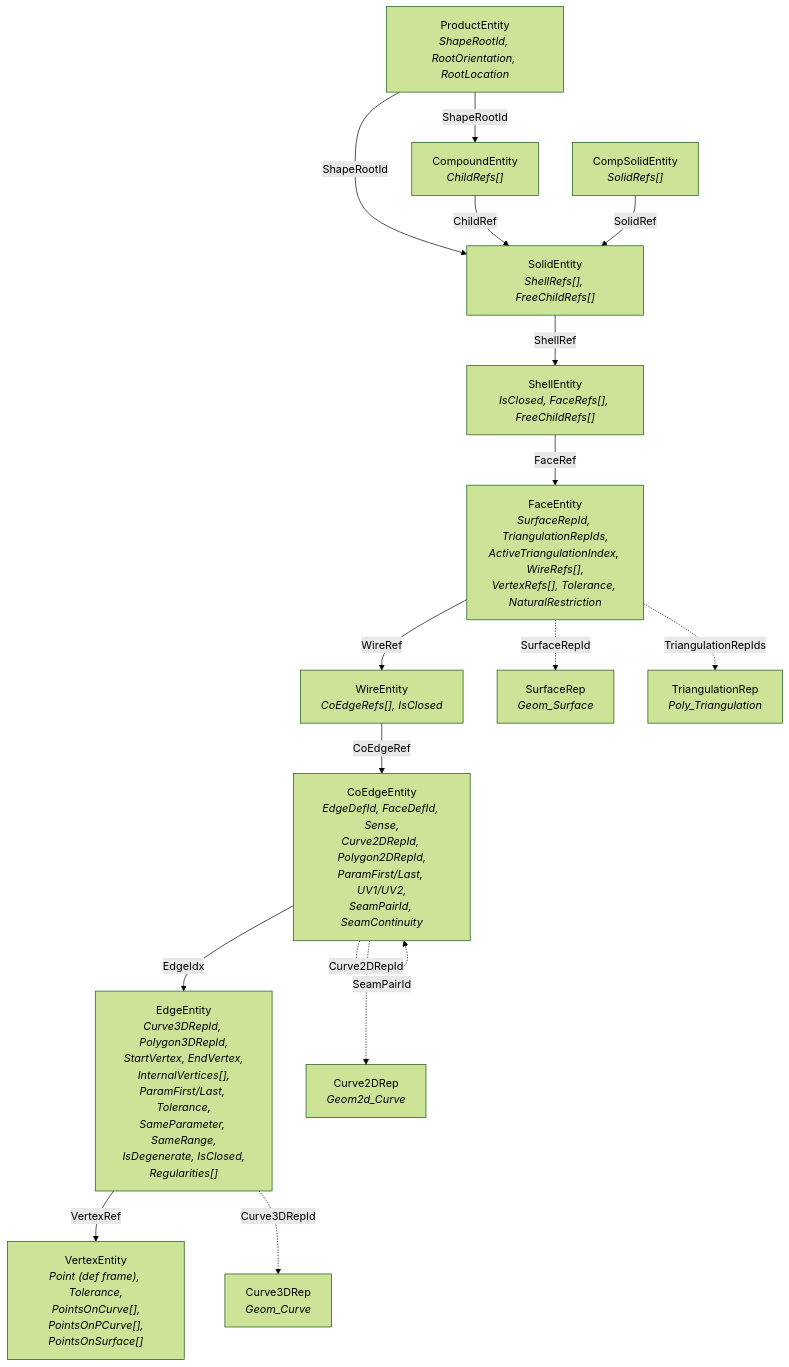
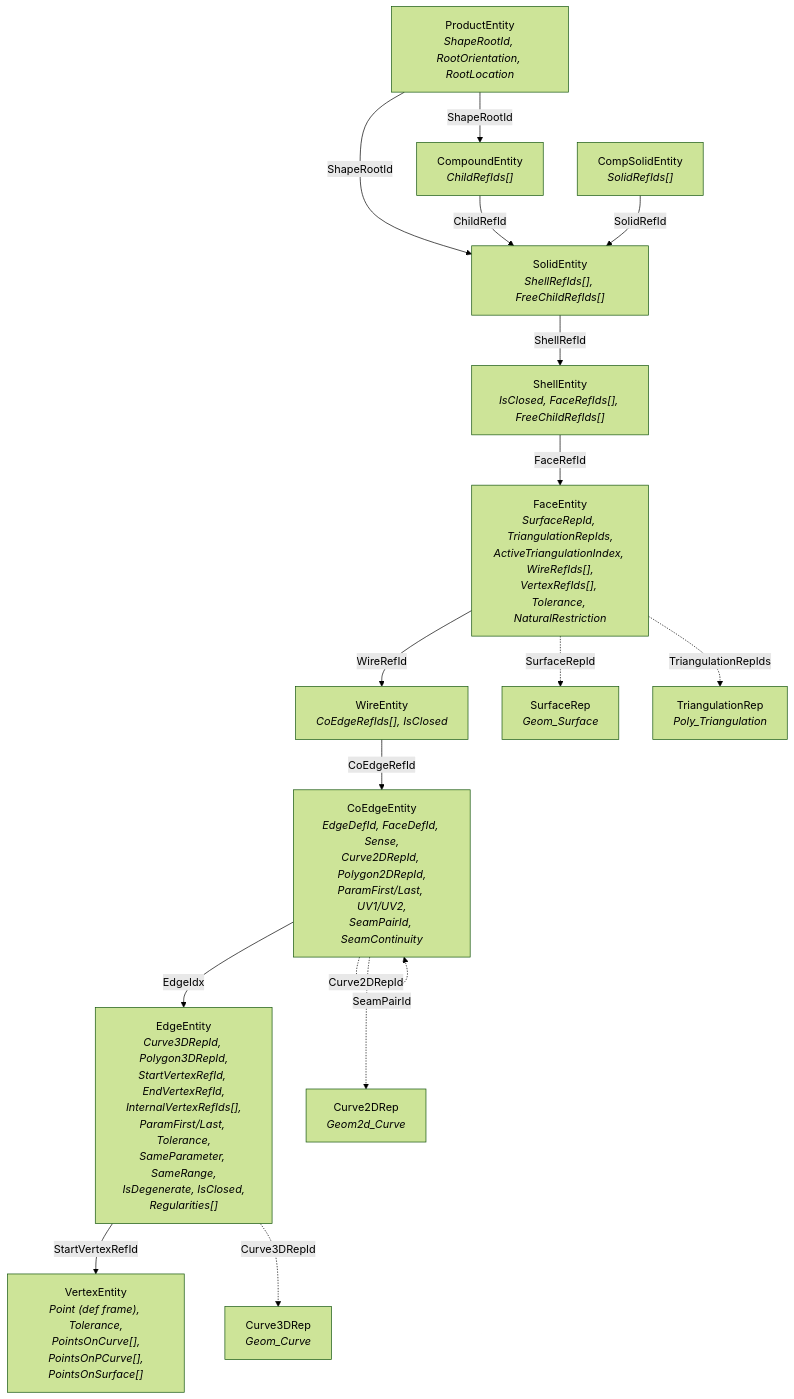
The third of 5 diagrams in src/ModelingData/TKBRep/BRepGraphInc/README.md (Open-Cascade-SAS/OCCT), drawn with Mermaid (forest theme) before and after one commit. The commit also changed other lines of this file and 65 other files, not shown here.

````diff
--- a/src/ModelingData/TKBRep/BRepGraphInc/README.md
+++ b/src/ModelingData/TKBRep/BRepGraphInc/README.md
@@ -86,41 +86,41 @@
 ```mermaid
 graph TD
     Product["ProductEntity<br/><i>ShapeRootId, RootOrientation, RootLocation</i>"]
 
-    Compound["CompoundEntity<br/><i>ChildRefs[]</i>"]
-    CompSolid["CompSolidEntity<br/><i>SolidRefs[]</i>"]
-    Solid["SolidEntity<br/><i>ShellRefs[], FreeChildRefs[]</i>"]
-    Shell["ShellEntity<br/><i>IsClosed, FaceRefs[], FreeChildRefs[]</i>"]
+    Compound["CompoundEntity<br/><i>ChildRefIds[]</i>"]
+    CompSolid["CompSolidEntity<br/><i>SolidRefIds[]</i>"]
+    Solid["SolidEntity<br/><i>ShellRefIds[], FreeChildRefIds[]</i>"]
+    Shell["ShellEntity<br/><i>IsClosed, FaceRefIds[], FreeChildRefIds[]</i>"]
 
-    Face["FaceEntity<br/><i>SurfaceRepId, TriangulationRepIds,<br/>ActiveTriangulationIndex, WireRefs[],<br/>VertexRefs[], Tolerance, NaturalRestriction</i>"]
+    Face["FaceEntity<br/><i>SurfaceRepId, TriangulationRepIds,<br/>ActiveTriangulationIndex, WireRefIds[],<br/>VertexRefIds[], Tolerance, NaturalRestriction</i>"]
 
-    Wire["WireEntity<br/><i>CoEdgeRefs[], IsClosed</i>"]
+    Wire["WireEntity<br/><i>CoEdgeRefIds[], IsClosed</i>"]
 
     CoEdge["CoEdgeEntity<br/><i>EdgeDefId, FaceDefId, Sense,<br/>Curve2DRepId, Polygon2DRepId,<br/>ParamFirst/Last, UV1/UV2,<br/>SeamPairId, SeamContinuity</i>"]
 
-    Edge["EdgeEntity<br/><i>Curve3DRepId, Polygon3DRepId,<br/>StartVertex, EndVertex,<br/>InternalVertices[],<br/>ParamFirst/Last, Tolerance,<br/>SameParameter, SameRange,<br/>IsDegenerate, IsClosed,<br/>Regularities[]</i>"]
+    Edge["EdgeEntity<br/><i>Curve3DRepId, Polygon3DRepId,<br/>StartVertexRefId, EndVertexRefId,<br/>InternalVertexRefIds[],<br/>ParamFirst/Last, Tolerance,<br/>SameParameter, SameRange,<br/>IsDegenerate, IsClosed,<br/>Regularities[]</i>"]
 
     Vertex["VertexEntity<br/><i>Point (def frame), Tolerance,<br/>PointsOnCurve[],<br/>PointsOnPCurve[],<br/>PointsOnSurface[]</i>"]
 
     SurfRep["SurfaceRep<br/><i>Geom_Surface</i>"]
     C3DRep["Curve3DRep<br/><i>Geom_Curve</i>"]
     C2DRep["Curve2DRep<br/><i>Geom2d_Curve</i>"]
     TriRep["TriangulationRep<br/><i>Poly_Triangulation</i>"]
 
     Product -->|"ShapeRootId"| Compound
     Product -->|"ShapeRootId"| Solid
-    Compound -->|"ChildRef"| Solid
-    CompSolid -->|"SolidRef"| Solid
-    Solid -->|"ShellRef"| Shell
-    Shell -->|"FaceRef"| Face
-    Face -->|"WireRef"| Wire
-    Wire -->|"CoEdgeRef"| CoEdge
+    Compound -->|"ChildRefId"| Solid
+    CompSolid -->|"SolidRefId"| Solid
+    Solid -->|"ShellRefId"| Shell
+    Shell -->|"FaceRefId"| Face
+    Face -->|"WireRefId"| Wire
+    Wire -->|"CoEdgeRefId"| CoEdge
     CoEdge -->|"EdgeIdx"| Edge
-    Edge -->|"VertexRef"| Vertex
+    Edge -->|"StartVertexRefId"| Vertex
 
     Face -.->|"SurfaceRepId"| SurfRep
     Face -.->|"TriangulationRepIds"| TriRep
     Edge -.->|"Curve3DRepId"| C3DRep
     CoEdge -.->|"Curve2DRepId"| C2DRep
     CoEdge -.->|"SeamPairId"| CoEdge
 ```
````
